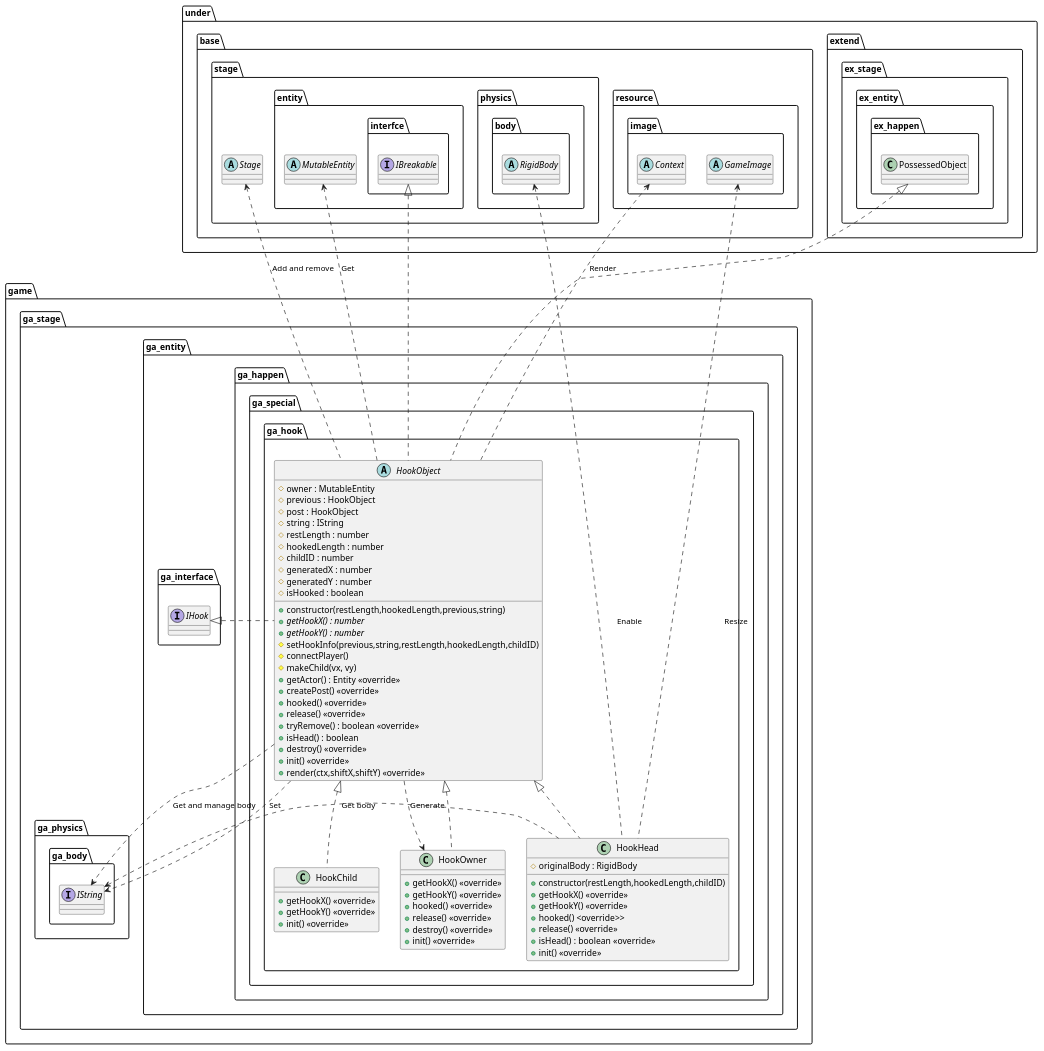
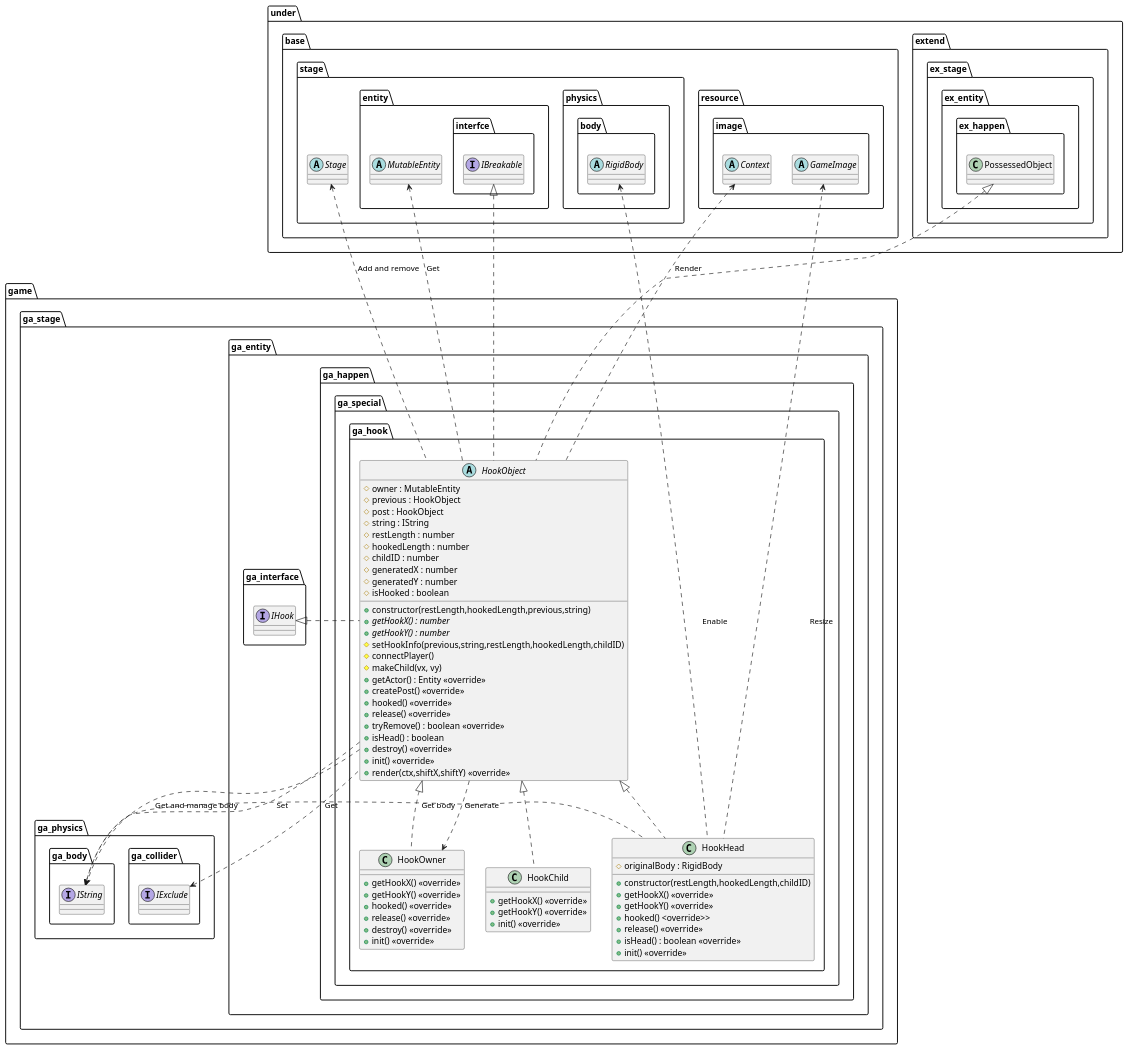
One commit to Expine/Under changed the diagram in uml/entity/GameHook.wsd. Above: the diagram before and after it, drawn with PlantUML. The commit also changed 42 other files, not shown here.

```diff
--- a/uml/entity/GameHook.wsd
+++ b/uml/entity/GameHook.wsd
@@ -1,131 +1,135 @@
 @startuml EntityGameHook
 package game {
     package ga_stage {
         package ga_entity {
             package ga_happen {
                 package ga_special {
                     package ga_hook {
                         abstract HookObject {
                             +constructor(restLength,hookedLength,previous,string)
                             #owner : MutableEntity
                             #previous : HookObject
                             #post : HookObject
                             #string : IString
                             #restLength : number
                             #hookedLength : number
                             #childID : number
                             #generatedX : number
                             #generatedY : number
                             #isHooked : boolean
                             {abstract} +getHookX() : number
                             {abstract} +getHookY() : number
                             #setHookInfo(previous,string,restLength,hookedLength,childID)
                             #connectPlayer()
                             #makeChild(vx, vy)
                             +getActor() : Entity <<override>>
                             +createPost() <<override>>
                             +hooked() <<override>>
                             +release() <<override>>
                             +tryRemove() : boolean <<override>>
                             +isHead() : boolean
                             +destroy() <<override>>
                             +init() <<override>>
                             +render(ctx,shiftX,shiftY) <<override>>
                         }
                         class HookHead {
                             +constructor(restLength,hookedLength,childID)
                             #originalBody : RigidBody
                             +getHookX() <<override>>
                             +getHookY() <<override>>
                             +hooked() <override>>
                             +release() <<override>>
                             +isHead() : boolean <<override>>
                             +init() <<override>>
                         }
                         class HookChild {
                             +getHookX() <<override>>
                             +getHookY() <<override>>
                             +init() <<override>>
                         }
                         class HookOwner {
                             +getHookX() <<override>>
                             +getHookY() <<override>>
                             +hooked() <<override>>
                             +release() <<override>>
                             +destroy() <<override>>
                             +init() <<override>>
                         }
                     }
                 }
             }
         }
     }
 }
 
 package under {
     package base {
         package resource {
             package image {
                 abstract Context
                 abstract GameImage
             }
         }
         package stage {
             abstract Stage
             package entity {
                 abstract MutableEntity
                 package interfce {
                     interface IBreakable
                 }
             }
             package physics {
                 package body {
                     abstract RigidBody
                 }
             }
         }
     }
     package extend {
         package ex_stage {
             package ex_entity {
                 package ex_happen {
                     class PossessedObject
                 }
             }
         }
     }
 }
 package game {
     package ga_stage {
         package ga_entity {
             package ga_interface {
                 interface IHook
             }
         }
         package ga_physics {
             package ga_body {
                 interface IString
             }
+            package ga_collider {
+                interface IExclude
+            }
         }
     }
 }
 
 MutableEntity <.. HookObject : Get
 HookObject ..> IString: Get and manage body
 HookObject ..> HookOwner : Generate
 Context <.. HookObject : Render
 Stage <.. HookObject : Add and remove
+IExclude <.. HookObject : Get
 
 GameImage <... HookHead : Resize
 HookObject ..> IString : Set
 RigidBody <... HookHead : Enable
 IString <. HookHead : Get body
 
 PossessedObject <|.. HookObject
 IBreakable <|.. HookObject
 IHook <|. HookObject
 HookObject <|.. HookHead
 HookObject <|.. HookChild
 HookObject <|.. HookOwner
 
 @enduml
```
